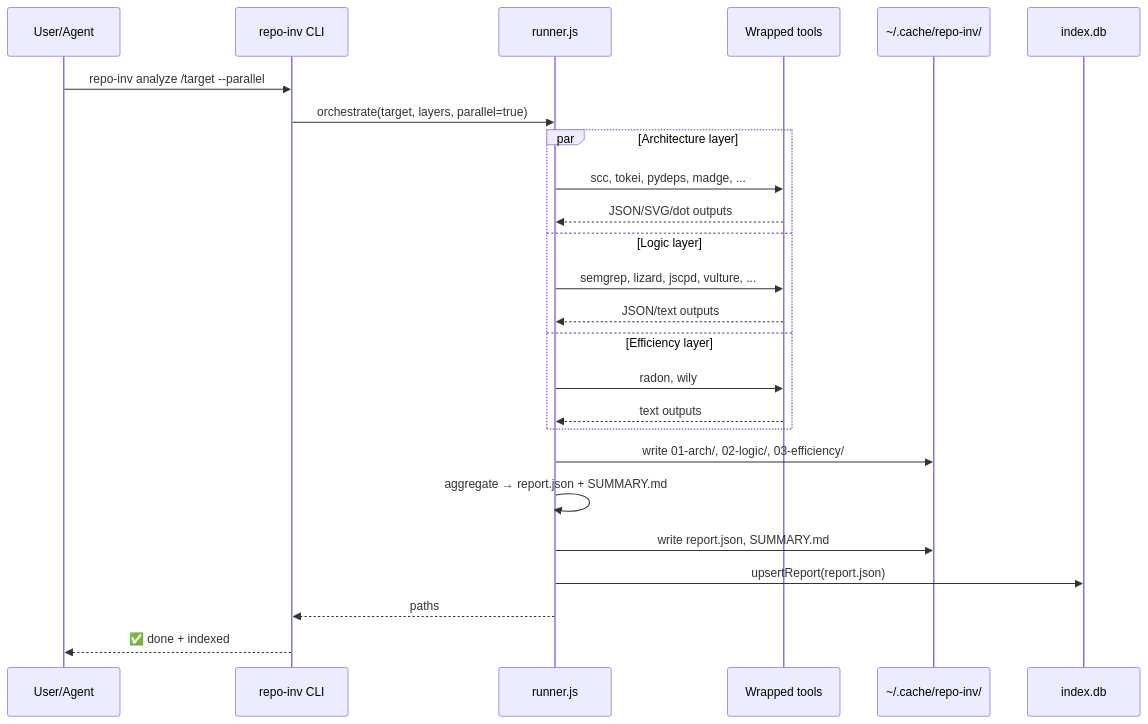
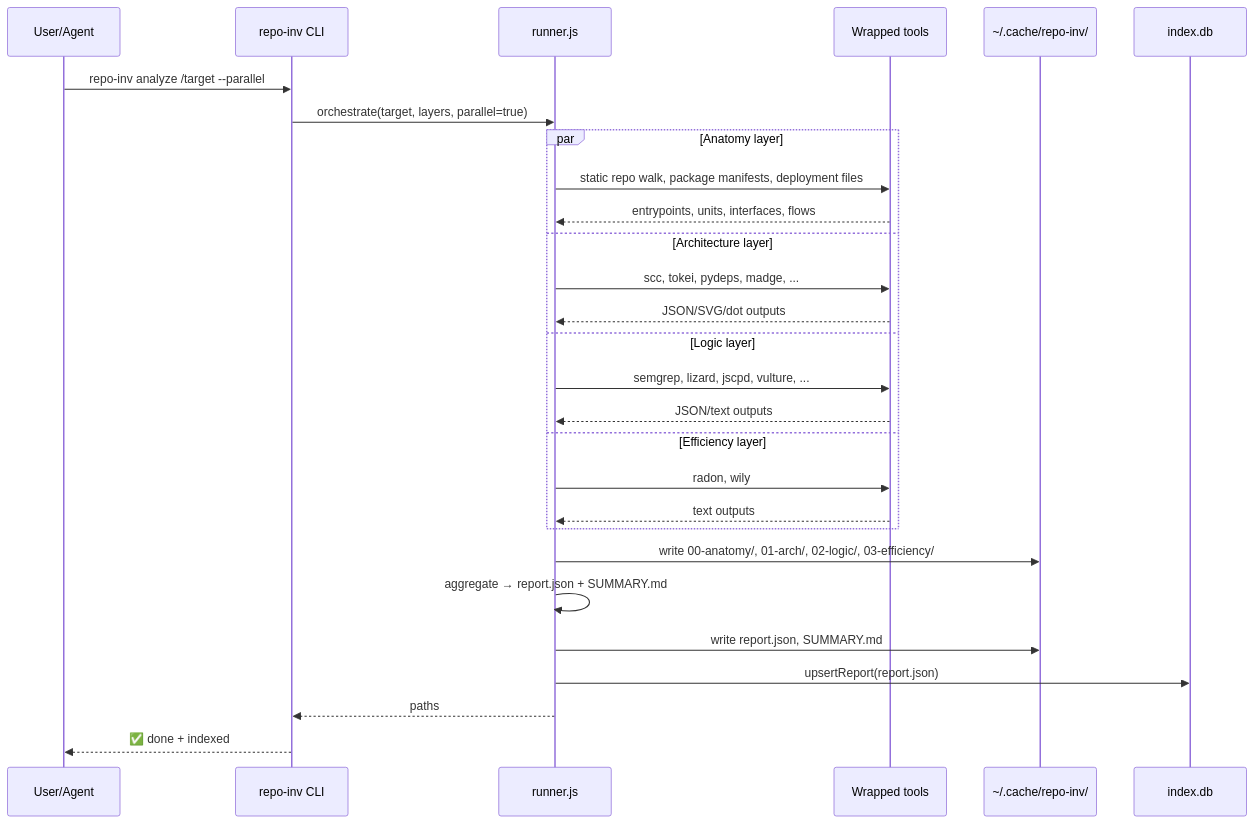
The second of 3 diagrams in docs/ARCHITECTURE.md (CHINGBOH/code-analysis-suite), drawn with Mermaid before and after one commit. The commit also changed other lines of this file and 13 other files, not shown here.

````diff
--- a/docs/ARCHITECTURE.md
+++ b/docs/ARCHITECTURE.md
@@ -57,30 +58,33 @@
 ```mermaid
 sequenceDiagram
     participant U as User/Agent
     participant CLI as repo-inv CLI
     participant R as runner.js
     participant T as Wrapped tools
     participant FS as ~/.cache/repo-inv/
     participant DB as index.db
 
     U->>CLI: repo-inv analyze /target --parallel
     CLI->>R: orchestrate(target, layers, parallel=true)
 
-    par Architecture layer
+    par Anatomy layer
+        R->>T: static repo walk, package manifests, deployment files
+        T-->>R: entrypoints, units, interfaces, flows
+    and Architecture layer
         R->>T: scc, tokei, pydeps, madge, ...
         T-->>R: JSON/SVG/dot outputs
     and Logic layer
         R->>T: semgrep, lizard, jscpd, vulture, ...
         T-->>R: JSON/text outputs
     and Efficiency layer
         R->>T: radon, wily
         T-->>R: text outputs
     end
 
-    R->>FS: write 01-arch/, 02-logic/, 03-efficiency/
+    R->>FS: write 00-anatomy/, 01-arch/, 02-logic/, 03-efficiency/
     R->>R: aggregate → report.json + SUMMARY.md
     R->>FS: write report.json, SUMMARY.md
     R->>DB: upsertReport(report.json)
     R-->>CLI: paths
     CLI-->>U: ✅ done + indexed
 ```
````
